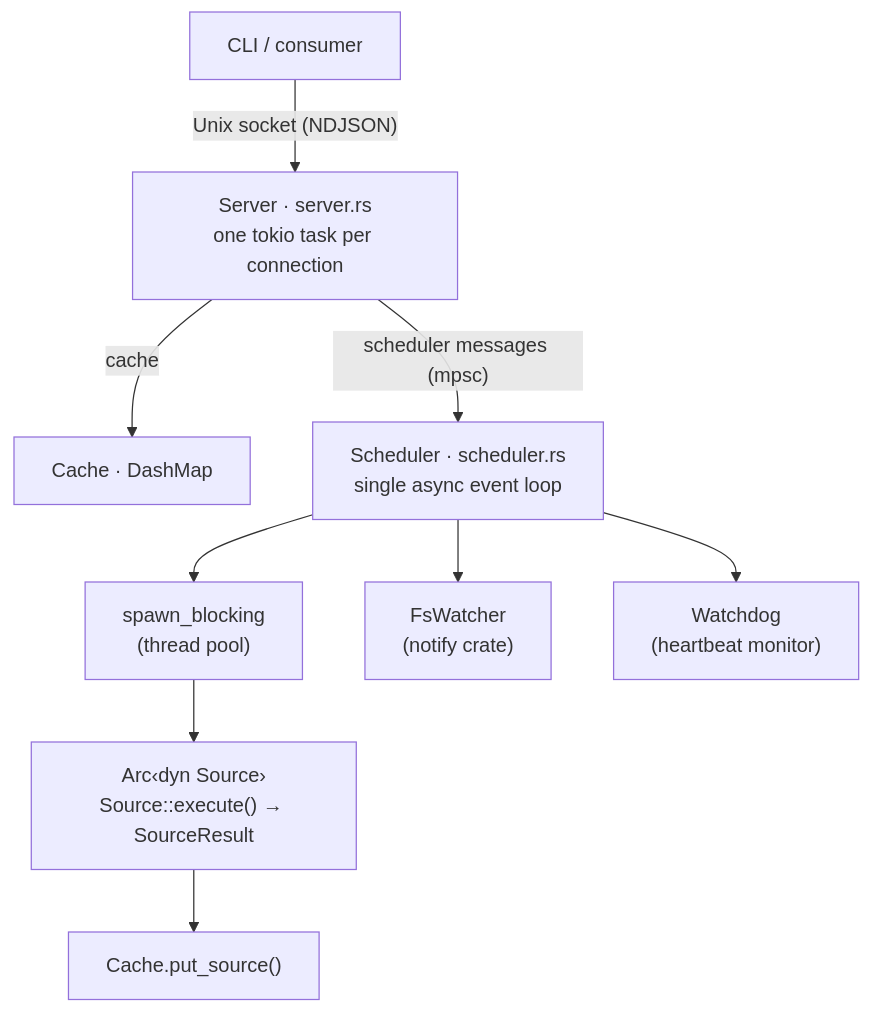
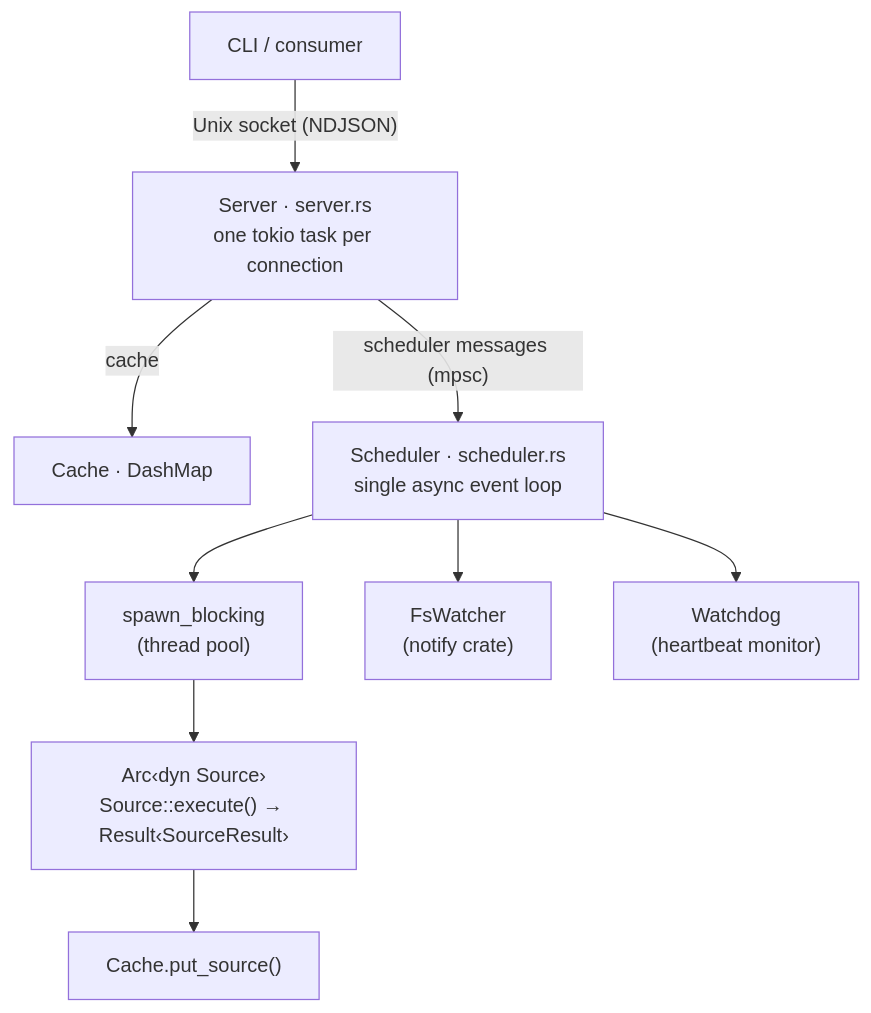
One commit to NavistAu/beachcomber changed the first of 2 diagrams in website/docs/internals/architecture.md. Above: the diagram before and after it, drawn with Mermaid. The commit also changed other lines of this file and 80 other files, not shown here.

````diff
--- a/website/docs/internals/architecture.md
+++ b/website/docs/internals/architecture.md
@@ -14,14 +14,14 @@
 ```mermaid
 graph TB
     CLI["CLI / consumer"] -->|"Unix socket (NDJSON)"| Server
 
     Server["Server · server.rs<br/>one tokio task per connection"] -->|cache| Cache["Cache · DashMap"]
     Server -->|"scheduler messages (mpsc)"| Scheduler
 
     Scheduler["Scheduler · scheduler.rs<br/>single async event loop"] --> SB["spawn_blocking<br/>(thread pool)"]
     Scheduler --> FSW["FsWatcher<br/>(notify crate)"]
     Scheduler --> Watchdog["Watchdog<br/>(heartbeat monitor)"]
 
-    SB --> Provider["Arc‹dyn Source›<br/>Source::execute() → SourceResult"]
+    SB --> Provider["Arc‹dyn Source›<br/>Source::execute() → Result‹SourceResult›"]
     Provider --> Put["Cache.put_source()"]
 ```
````
